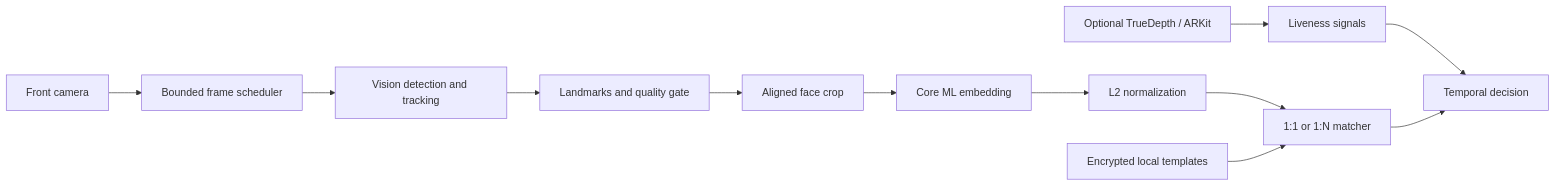
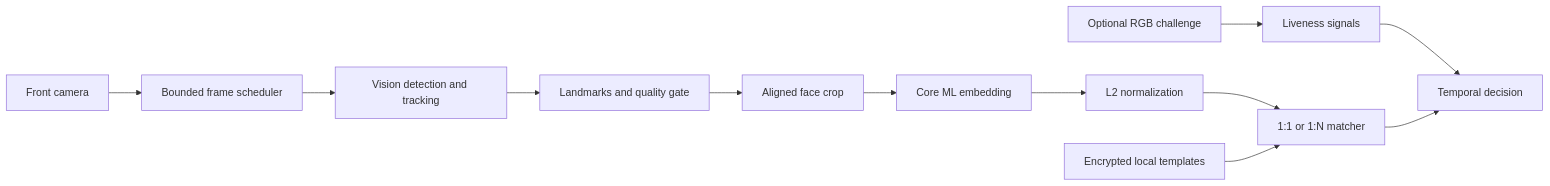
Before and after one commit to junsik-1/LocalFaceKit: the diagram in README.md, drawn with Mermaid. The commit also changed other lines of this file and 14 other files, not shown here.

````diff
--- a/README.md
+++ b/README.md
@@ -156,14 +171,14 @@
 ```mermaid
 flowchart LR
     A[Front camera] --> B[Bounded frame scheduler]
     B --> C[Vision detection and tracking]
     C --> D[Landmarks and quality gate]
     D --> E[Aligned face crop]
     E --> F[Core ML embedding]
     F --> G[L2 normalization]
     G --> H[1:1 or 1:N matcher]
     I[Encrypted local templates] --> H
-    J[Optional TrueDepth / ARKit] --> K[Liveness signals]
+    J[Optional RGB challenge] --> K[Liveness signals]
     K --> L[Temporal decision]
     H --> L
 ```
````
